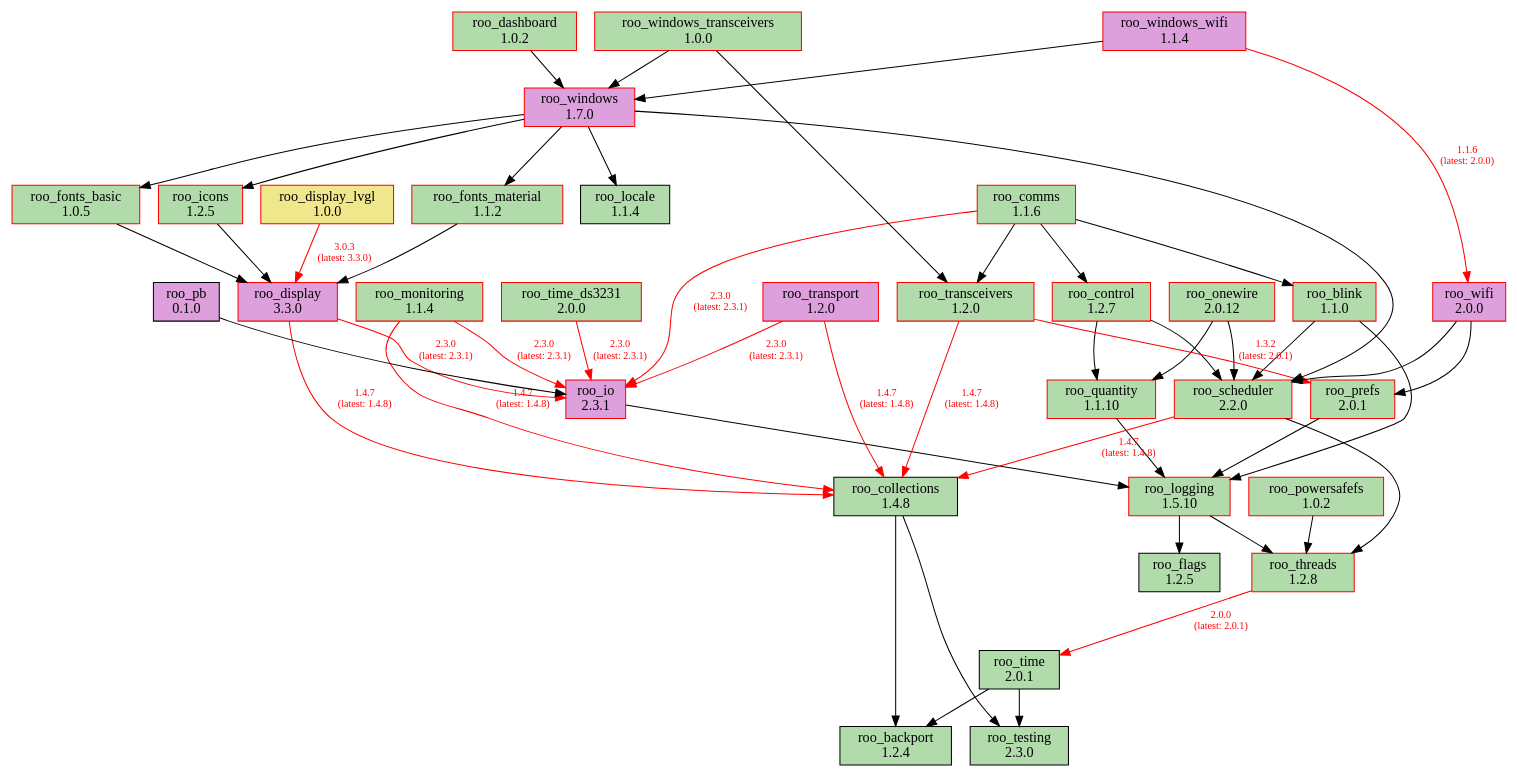
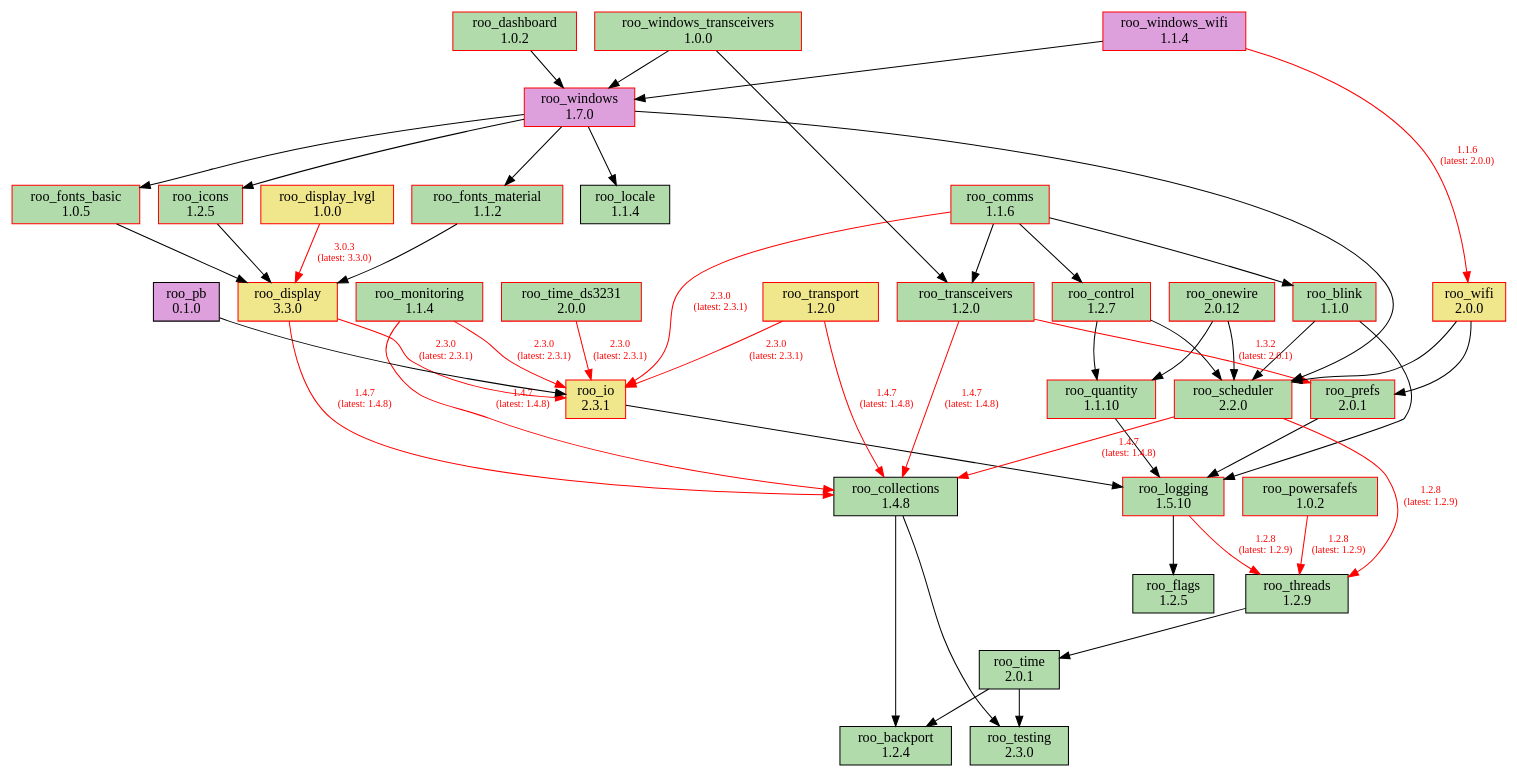
One commit to dejwk/roo-registry changed the diagram in doc/dependencies.dot. Above: the diagram before and after it, drawn with Graphviz. The commit also changed 3 other files, not shown here.

Commit message:
Added roo_threads 1.2.9 to the registry.

```diff
--- a/doc/dependencies.dot
+++ b/doc/dependencies.dot
@@ -1,90 +1,90 @@
 digraph dependencies {
     rankdir=TB;
     node [shape=box, style=filled];
     edge [fontsize=10];
 
     // Modules
     "roo_backport" [label="roo_backport\n1.2.4", fillcolor="#b1dbab", color="black"];
     "roo_blink" [label="roo_blink\n1.1.0", fillcolor="#b1dbab", color="red"];
     "roo_collections" [label="roo_collections\n1.4.8", fillcolor="#b1dbab", color="black"];
     "roo_comms" [label="roo_comms\n1.1.6", fillcolor="#b1dbab", color="red"];
     "roo_control" [label="roo_control\n1.2.7", fillcolor="#b1dbab", color="red"];
     "roo_dashboard" [label="roo_dashboard\n1.0.2", fillcolor="#b1dbab", color="red"];
-    "roo_display" [label="roo_display\n3.3.0", fillcolor="plum", color="red"];
+    "roo_display" [label="roo_display\n3.3.0", fillcolor="khaki", color="red"];
     "roo_display_lvgl" [label="roo_display_lvgl\n1.0.0", fillcolor="khaki", color="red"];
     "roo_flags" [label="roo_flags\n1.2.5", fillcolor="#b1dbab", color="black"];
     "roo_fonts_basic" [label="roo_fonts_basic\n1.0.5", fillcolor="#b1dbab", color="red"];
     "roo_fonts_material" [label="roo_fonts_material\n1.1.2", fillcolor="#b1dbab", color="red"];
     "roo_icons" [label="roo_icons\n1.2.5", fillcolor="#b1dbab", color="red"];
-    "roo_io" [label="roo_io\n2.3.1", fillcolor="plum", color="red"];
+    "roo_io" [label="roo_io\n2.3.1", fillcolor="khaki", color="red"];
     "roo_locale" [label="roo_locale\n1.1.4", fillcolor="#b1dbab", color="black"];
     "roo_logging" [label="roo_logging\n1.5.10", fillcolor="#b1dbab", color="red"];
     "roo_monitoring" [label="roo_monitoring\n1.1.4", fillcolor="#b1dbab", color="red"];
     "roo_onewire" [label="roo_onewire\n2.0.12", fillcolor="#b1dbab", color="red"];
     "roo_pb" [label="roo_pb\n0.1.0", fillcolor="plum", color="black"];
     "roo_powersafefs" [label="roo_powersafefs\n1.0.2", fillcolor="#b1dbab", color="red"];
     "roo_prefs" [label="roo_prefs\n2.0.1", fillcolor="#b1dbab", color="red"];
     "roo_quantity" [label="roo_quantity\n1.1.10", fillcolor="#b1dbab", color="red"];
     "roo_scheduler" [label="roo_scheduler\n2.2.0", fillcolor="#b1dbab", color="red"];
     "roo_testing" [label="roo_testing\n2.3.0", fillcolor="#b1dbab", color="black"];
-    "roo_threads" [label="roo_threads\n1.2.8", fillcolor="#b1dbab", color="red"];
+    "roo_threads" [label="roo_threads\n1.2.9", fillcolor="#b1dbab", color="black"];
     "roo_time" [label="roo_time\n2.0.1", fillcolor="#b1dbab", color="black"];
     "roo_time_ds3231" [label="roo_time_ds3231\n2.0.0", fillcolor="#b1dbab", color="red"];
     "roo_transceivers" [label="roo_transceivers\n1.2.0", fillcolor="#b1dbab", color="red"];
-    "roo_transport" [label="roo_transport\n1.2.0", fillcolor="plum", color="red"];
-    "roo_wifi" [label="roo_wifi\n2.0.0", fillcolor="plum", color="red"];
+    "roo_transport" [label="roo_transport\n1.2.0", fillcolor="khaki", color="red"];
+    "roo_wifi" [label="roo_wifi\n2.0.0", fillcolor="khaki", color="red"];
     "roo_windows" [label="roo_windows\n1.7.0", fillcolor="plum", color="red"];
     "roo_windows_transceivers" [label="roo_windows_transceivers\n1.0.0", fillcolor="#b1dbab", color="red"];
     "roo_windows_wifi" [label="roo_windows_wifi\n1.1.4", fillcolor="plum", color="red"];
 
     // Dependencies
     "roo_blink" -> "roo_logging";
     "roo_blink" -> "roo_scheduler";
     "roo_collections" -> "roo_testing";
     "roo_collections" -> "roo_backport";
     "roo_comms" -> "roo_blink";
     "roo_comms" -> "roo_control";
     "roo_comms" -> "roo_io" [color=red, fontcolor=red, label="2.3.0\n(latest: 2.3.1)"];
     "roo_comms" -> "roo_transceivers";
     "roo_control" -> "roo_quantity";
     "roo_control" -> "roo_scheduler";
     "roo_dashboard" -> "roo_windows";
     "roo_display" -> "roo_collections" [color=red, fontcolor=red, label="1.4.7\n(latest: 1.4.8)"];
     "roo_display" -> "roo_io" [color=red, fontcolor=red, label="2.3.0\n(latest: 2.3.1)"];
     "roo_display_lvgl" -> "roo_display" [color=red, fontcolor=red, label="3.0.3\n(latest: 3.3.0)"];
     "roo_fonts_basic" -> "roo_display";
     "roo_fonts_material" -> "roo_display";
     "roo_icons" -> "roo_display";
     "roo_io" -> "roo_logging";
     "roo_logging" -> "roo_flags";
-    "roo_logging" -> "roo_threads";
+    "roo_logging" -> "roo_threads" [color=red, fontcolor=red, label="1.2.8\n(latest: 1.2.9)"];
     "roo_monitoring" -> "roo_collections" [color=red, fontcolor=red, label="1.4.7\n(latest: 1.4.8)"];
     "roo_monitoring" -> "roo_io" [color=red, fontcolor=red, label="2.3.0\n(latest: 2.3.1)"];
     "roo_onewire" -> "roo_scheduler";
     "roo_onewire" -> "roo_quantity";
     "roo_pb" -> "roo_io";
-    "roo_powersafefs" -> "roo_threads";
+    "roo_powersafefs" -> "roo_threads" [color=red, fontcolor=red, label="1.2.8\n(latest: 1.2.9)"];
     "roo_prefs" -> "roo_logging";
     "roo_quantity" -> "roo_logging";
     "roo_scheduler" -> "roo_collections" [color=red, fontcolor=red, label="1.4.7\n(latest: 1.4.8)"];
-    "roo_scheduler" -> "roo_threads";
-    "roo_threads" -> "roo_time" [color=red, fontcolor=red, label="2.0.0\n(latest: 2.0.1)"];
+    "roo_scheduler" -> "roo_threads" [color=red, fontcolor=red, label="1.2.8\n(latest: 1.2.9)"];
+    "roo_threads" -> "roo_time";
     "roo_time" -> "roo_testing";
     "roo_time" -> "roo_backport";
     "roo_time_ds3231" -> "roo_io" [color=red, fontcolor=red, label="2.3.0\n(latest: 2.3.1)"];
     "roo_transceivers" -> "roo_collections" [color=red, fontcolor=red, label="1.4.7\n(latest: 1.4.8)"];
     "roo_transceivers" -> "roo_prefs" [color=red, fontcolor=red, label="1.3.2\n(latest: 2.0.1)"];
     "roo_transport" -> "roo_collections" [color=red, fontcolor=red, label="1.4.7\n(latest: 1.4.8)"];
     "roo_transport" -> "roo_io" [color=red, fontcolor=red, label="2.3.0\n(latest: 2.3.1)"];
     "roo_wifi" -> "roo_prefs";
     "roo_wifi" -> "roo_scheduler";
     "roo_windows" -> "roo_fonts_basic";
     "roo_windows" -> "roo_fonts_material";
     "roo_windows" -> "roo_locale";
     "roo_windows" -> "roo_icons";
     "roo_windows" -> "roo_scheduler";
     "roo_windows_transceivers" -> "roo_transceivers";
     "roo_windows_transceivers" -> "roo_windows";
     "roo_windows_wifi" -> "roo_wifi" [color=red, fontcolor=red, label="1.1.6\n(latest: 2.0.0)"];
     "roo_windows_wifi" -> "roo_windows";
 }
```
